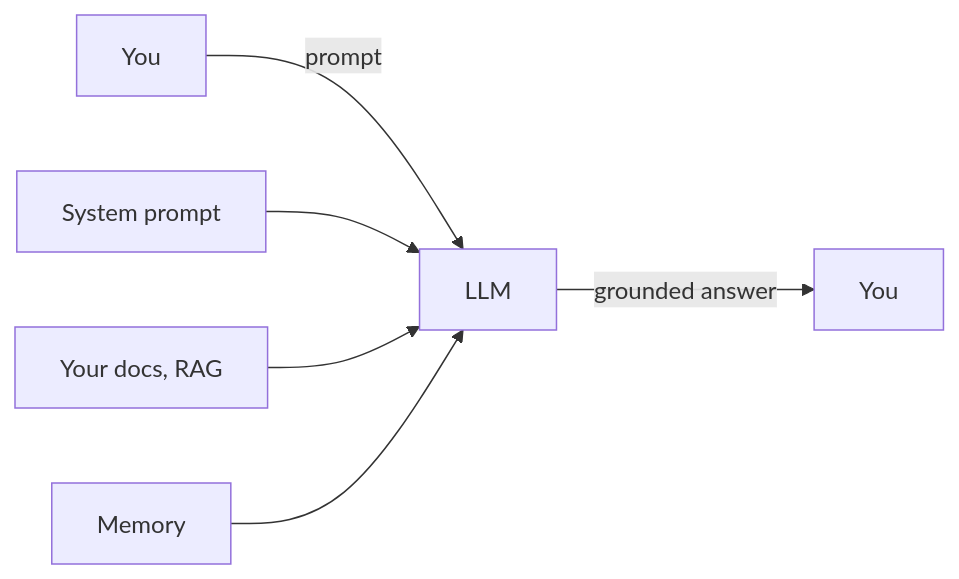
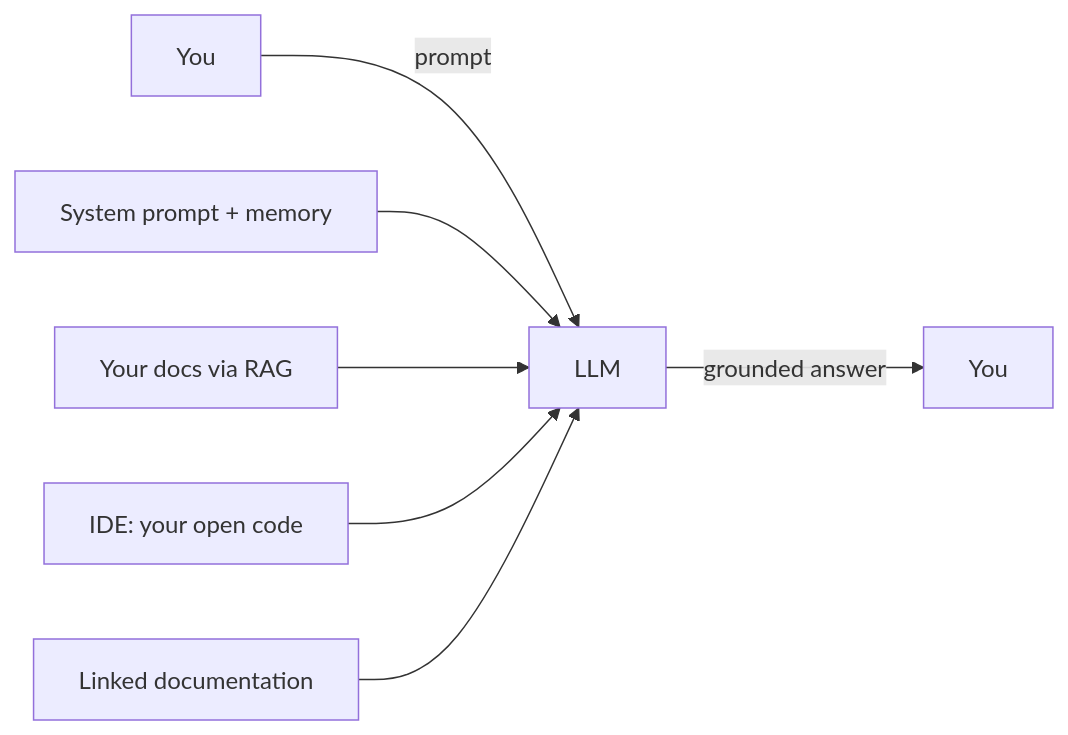
The second of 5 diagrams in _posts/2026-07-31-working-with-ai.md (ErikZocher/erikzocher.github.io), drawn with Mermaid before and after one commit. The commit also changed other lines of this file, not shown here.

Commit message:
Expand Context Engineering: RAG is one of many context sources (IDE, URLs, memory)

````diff
--- a/_posts/2026-07-31-working-with-ai.md
+++ b/_posts/2026-07-31-working-with-ai.md
@@ -46,8 +51,9 @@
 ```mermaid
 flowchart LR
     A[You] -->|prompt| B[LLM]
-    D[System prompt] --> B
-    E[Your docs, RAG] --> B
-    F[Memory] --> B
+    D[System prompt + memory] --> B
+    E[Your docs via RAG] --> B
+    F[IDE: your open code] --> B
+    G[Linked documentation] --> B
     B -->|grounded answer| C[You]
 ```
````
